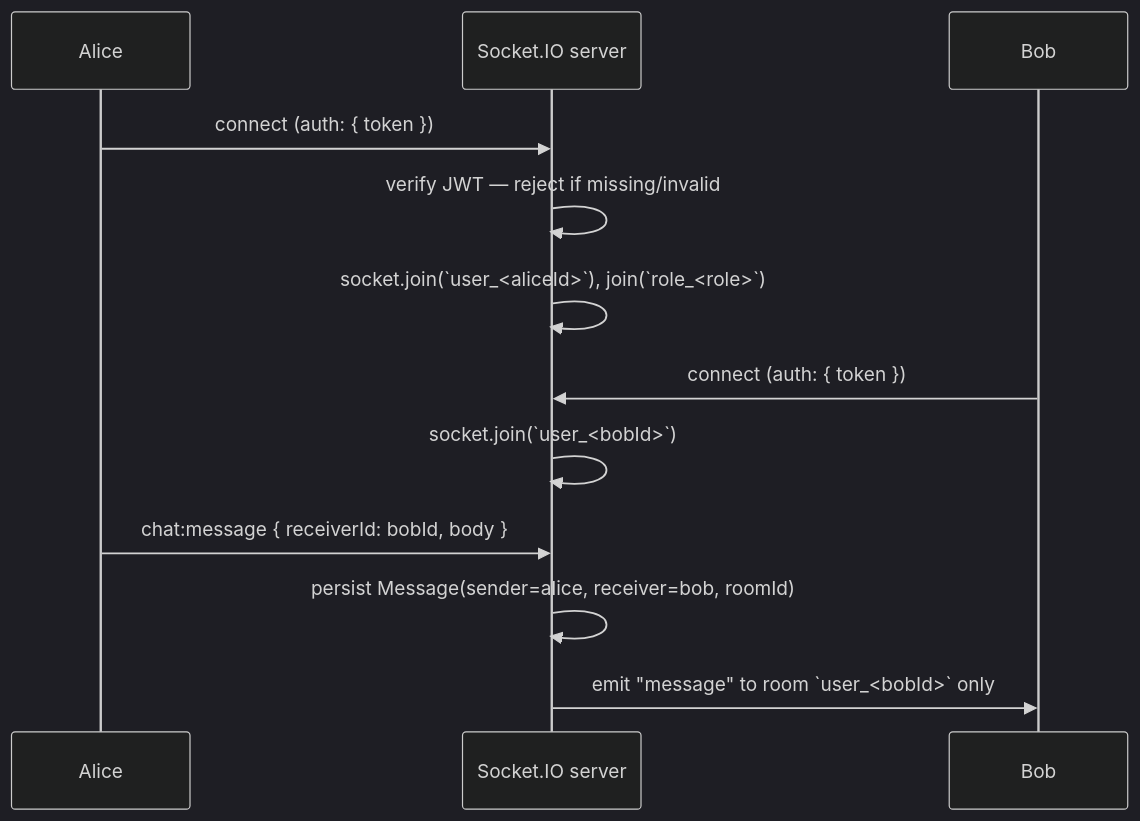
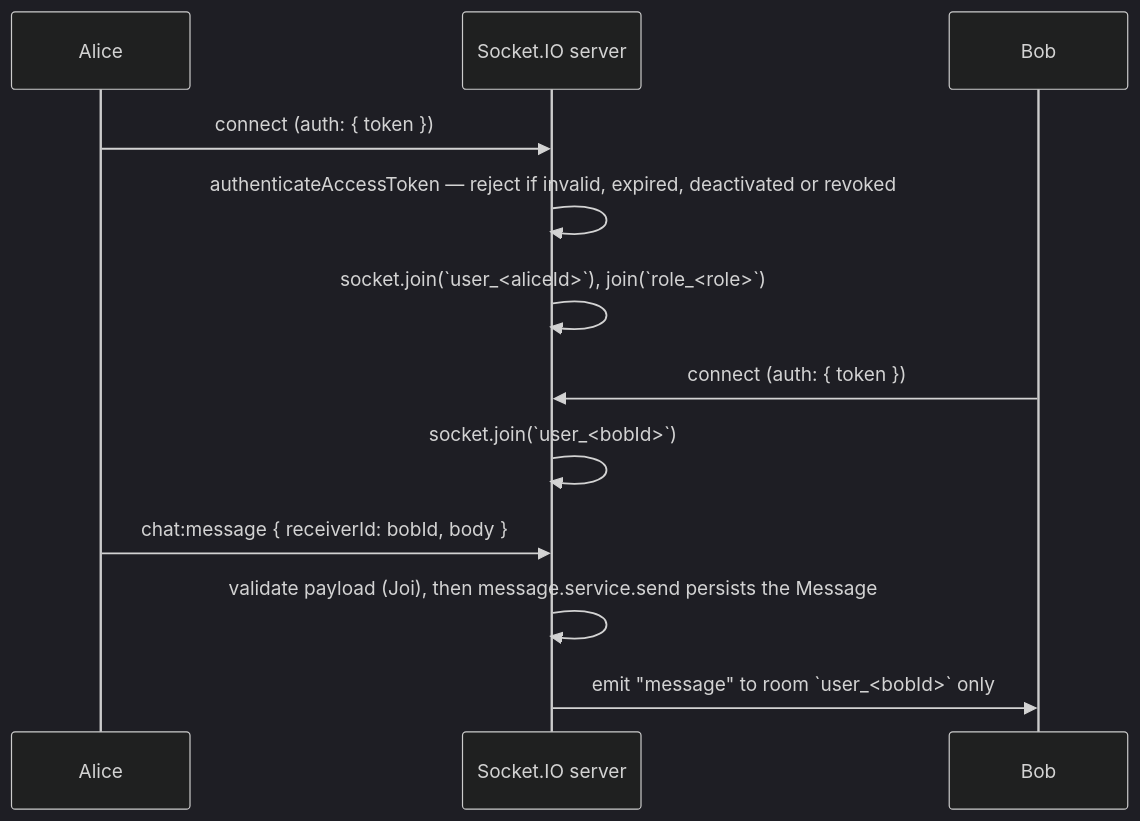
The third of 4 diagrams in docs/ARCHITECTURE.md (mohatab/recruitment-investment-api), drawn with Mermaid (dark theme) before and after one commit. The commit also changed other lines of this file and 35 other files, not shown here.

````diff
--- a/docs/ARCHITECTURE.md
+++ b/docs/ARCHITECTURE.md
@@ -98,16 +119,16 @@
 ```mermaid
 sequenceDiagram
     participant Alice
     participant IO as Socket.IO server
     participant Bob
 
     Alice->>IO: connect (auth: { token })
-    IO->>IO: verify JWT — reject if missing/invalid
+    IO->>IO: authenticateAccessToken — reject if invalid, expired, deactivated or revoked
     IO->>IO: socket.join(`user_<aliceId>`), join(`role_<role>`)
     Bob->>IO: connect (auth: { token })
     IO->>IO: socket.join(`user_<bobId>`)
 
     Alice->>IO: chat:message { receiverId: bobId, body }
-    IO->>IO: persist Message(sender=alice, receiver=bob, roomId)
+    IO->>IO: validate payload (Joi), then message.service.send persists the Message
     IO->>Bob: emit "message" to room `user_<bobId>` only
 ```
````
